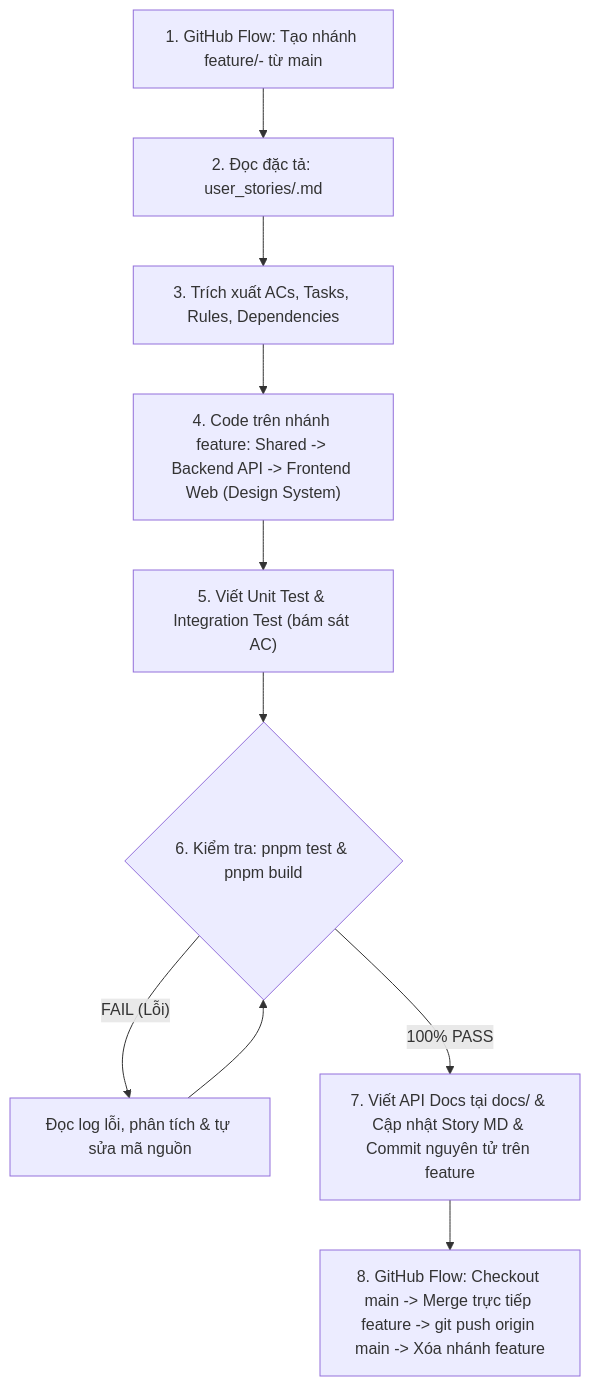
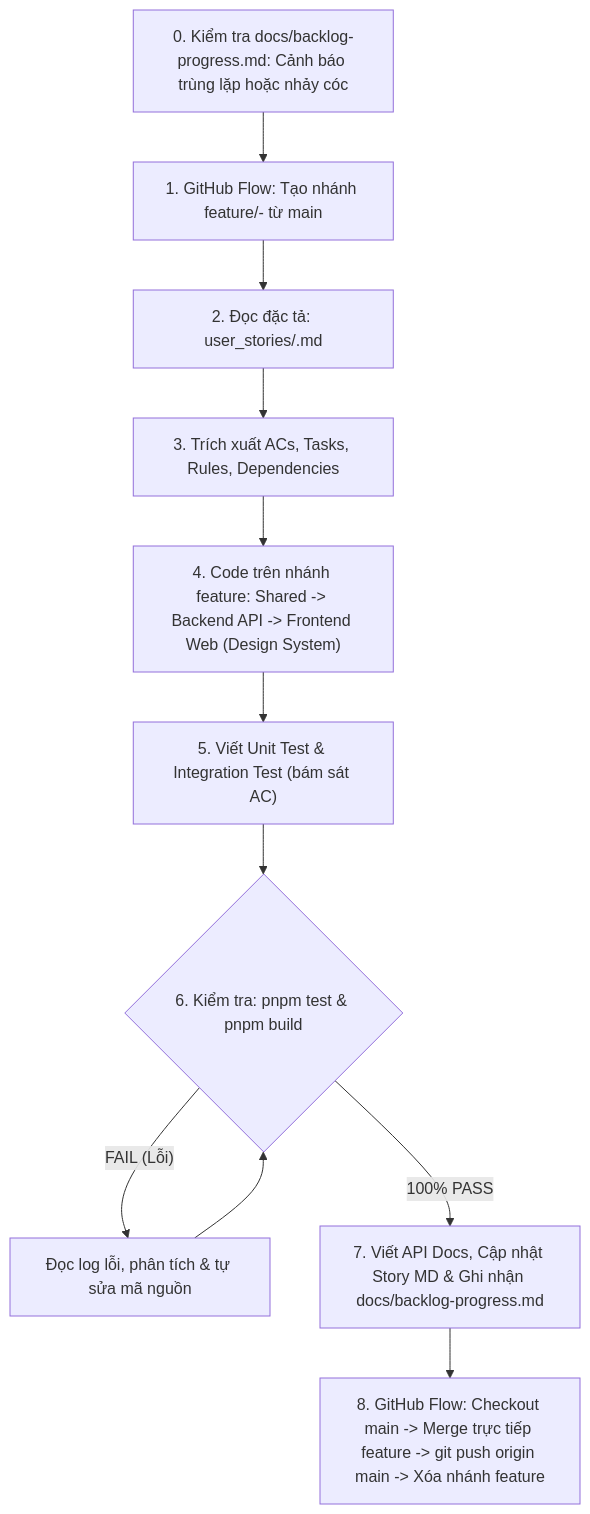
Before and after one commit to hienvanla5/dia_chinh_so: the diagram in AGENTS.md, drawn with Mermaid. The commit also changed other lines of this file and 2 other files, not shown here.

Commit message:
feat(docs): create backlog progress tracker and enforce duplicate & gap warning gates

````diff
--- a/AGENTS.md
+++ b/AGENTS.md
@@ -73,12 +84,13 @@
 ```mermaid
 flowchart TD
-    S0["1. GitHub Flow: Tạo nhánh feature/<story-id>-<ten-tinh-nang> từ main"] --> S1["2. Đọc đặc tả: user_stories/<STORY_ID>.md"]
+    S_GATE["0. Kiểm tra docs/backlog-progress.md: Cảnh báo trùng lặp hoặc nhảy cóc"] --> S0["1. GitHub Flow: Tạo nhánh feature/<story-id>-<ten-tinh-nang> từ main"]
+    S0 --> S1["2. Đọc đặc tả: user_stories/<STORY_ID>.md"]
     S1 --> S2["3. Trích xuất ACs, Tasks, Rules, Dependencies"]
     S2 --> S3["4. Code trên nhánh feature: Shared -> Backend API -> Frontend Web (Design System)"]
     S3 --> S4["5. Viết Unit Test & Integration Test (bám sát AC)"]
     S4 --> S5{"6. Kiểm tra: pnpm test & pnpm build"}
     S5 -- "FAIL (Lỗi)" --> S5_Fix["Đọc log lỗi, phân tích & tự sửa mã nguồn"]
     S5_Fix --> S5
-    S5 -- "100% PASS" --> S6["7. Viết API Docs tại docs/ & Cập nhật Story MD & Commit nguyên tử trên feature"]
+    S5 -- "100% PASS" --> S6["7. Viết API Docs, Cập nhật Story MD & Ghi nhận docs/backlog-progress.md"]
     S6 --> S7["8. GitHub Flow: Checkout main -> Merge trực tiếp feature -> git push origin main -> Xóa nhánh feature"]
 ```
````
